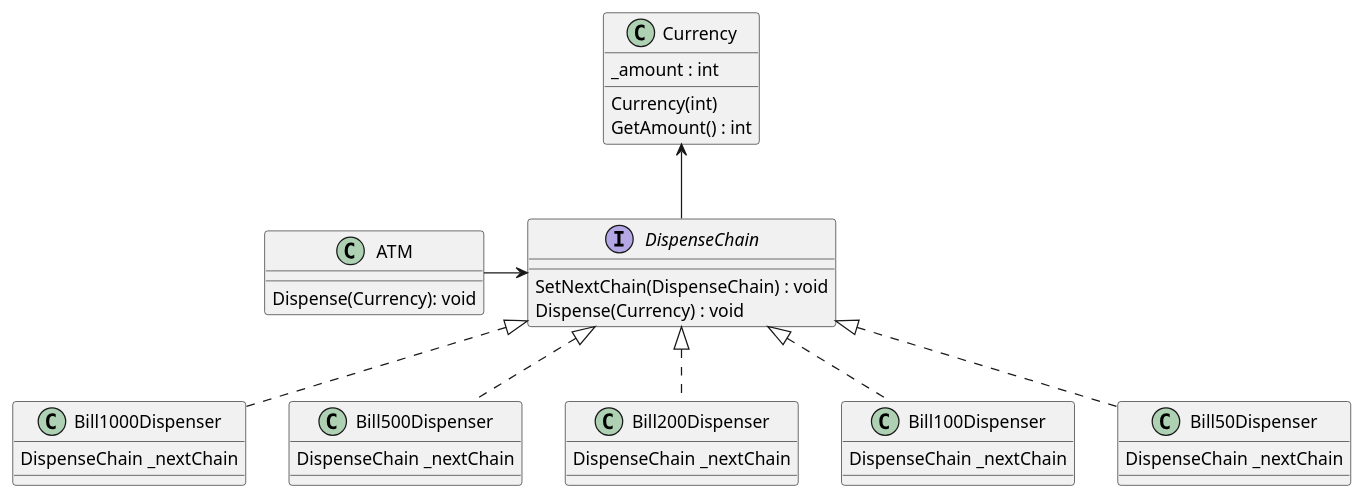
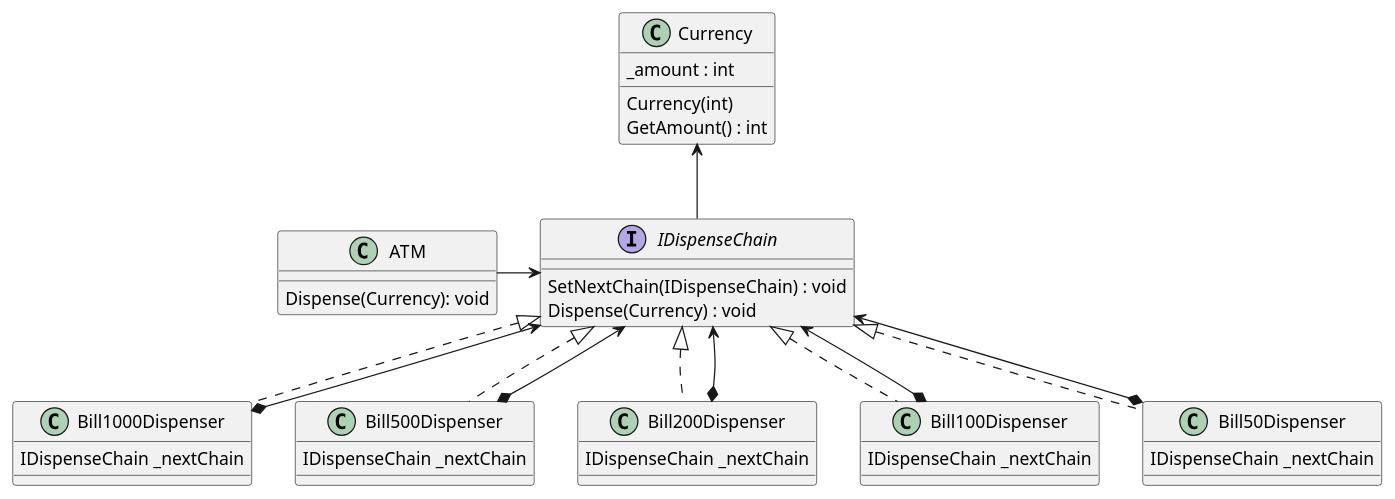
One commit to BjarkeKarlsen/SWD_Exercises changed the diagram in MyT/Chain_of_responsibility/UML/classdiagram.puml. Above: the diagram before and after it, drawn with PlantUML. The commit also changed 9 other files, not shown here.

Commit message:
Fixed diagram and code

```diff
--- a/MyT/Chain_of_responsibility/UML/classdiagram.puml
+++ b/MyT/Chain_of_responsibility/UML/classdiagram.puml
@@ -1,50 +1,57 @@
 @startuml
 
 Class Bill1000Dispenser{
-    DispenseChain _nextChain
+    IDispenseChain _nextChain
 }
 Class Bill500Dispenser
 {
-    DispenseChain _nextChain
+    IDispenseChain _nextChain
 }
 Class Bill200Dispenser
 {
-    DispenseChain _nextChain
+    IDispenseChain _nextChain
 }
 Class Bill100Dispenser
 {
-    DispenseChain _nextChain
+    IDispenseChain _nextChain
 }
 Class Bill50Dispenser
 {
-    DispenseChain _nextChain
+    IDispenseChain _nextChain
 }
 
-interface DispenseChain
+interface IDispenseChain
 {
- SetNextChain(DispenseChain) : void
+ SetNextChain(IDispenseChain) : void
  Dispense(Currency) : void
 
 }
 class ATM 
 {
     Dispense(Currency): void
 }
 class Currency
 {
     _amount : int
     Currency(int) 
     GetAmount() : int
 }
 
-Bill1000Dispenser .u.|> DispenseChain
-Bill500Dispenser .u.|> DispenseChain
-Bill200Dispenser .u.|> DispenseChain
-Bill100Dispenser .u.|> DispenseChain
-Bill50Dispenser .u.|> DispenseChain
+Bill1000Dispenser .u.|> IDispenseChain
+Bill500Dispenser .u.|> IDispenseChain
+Bill200Dispenser .u.|> IDispenseChain
+Bill100Dispenser .u.|> IDispenseChain
+Bill50Dispenser .u.|> IDispenseChain
 
-Currency <-- DispenseChain
+Bill1000Dispenser *-u-> IDispenseChain
+Bill500Dispenser *-u-> IDispenseChain
+Bill200Dispenser *-u-> IDispenseChain
+Bill100Dispenser *-u-> IDispenseChain
+Bill50Dispenser *-u-> IDispenseChain
 
-ATM -r-> DispenseChain
+
+Currency <-- IDispenseChain
+
+ATM -r-> IDispenseChain
 
 @enduml
```
